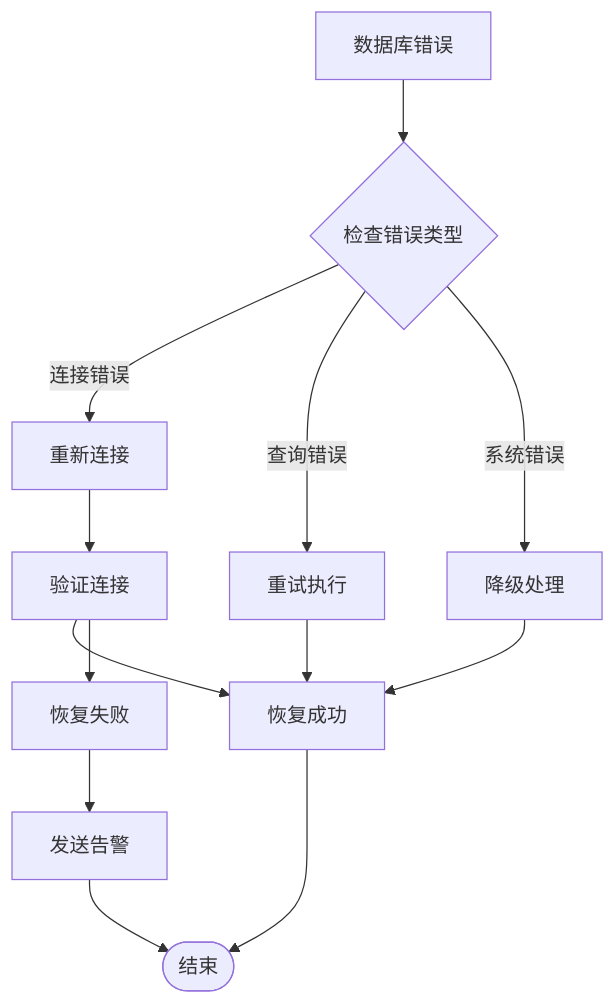
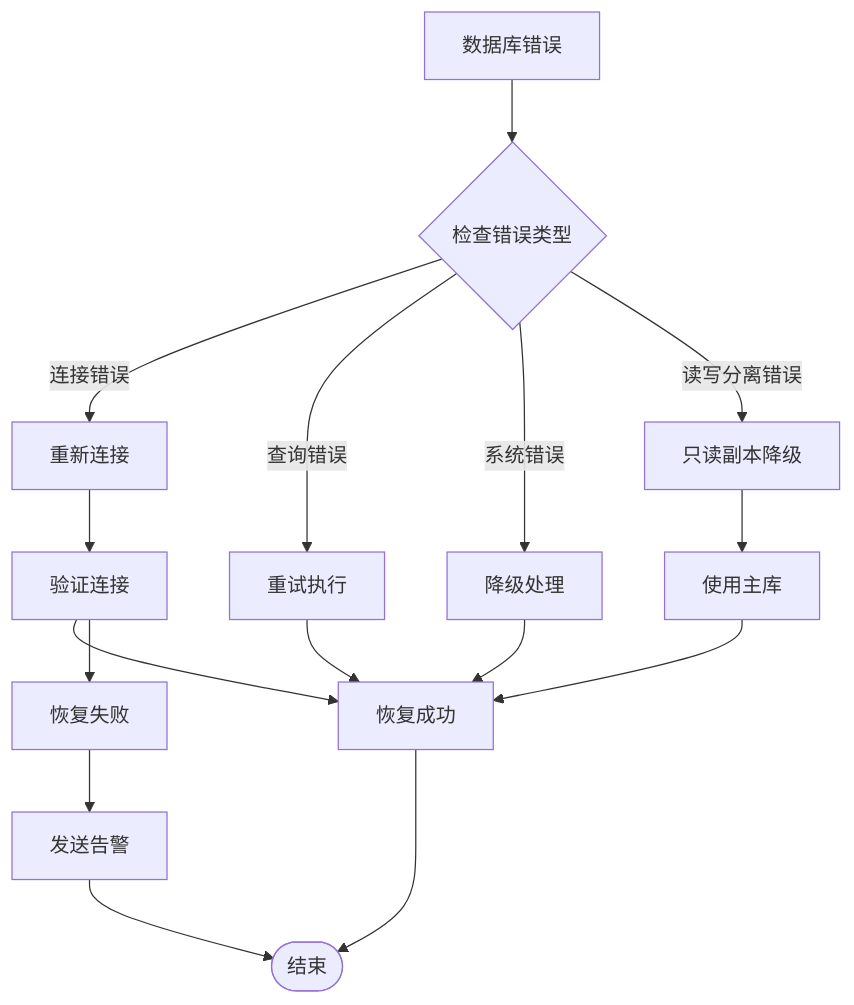
Before and after one commit to lilinzezzzzzz/fastapi-backend: diagram 12 of 12 in .qoder/repowiki/zh/content/数据库集成/连接池管理.md, drawn with Mermaid. The commit also changed other lines of this file and 42 other files, not shown here.

````diff
--- a/.qoder/repowiki/zh/content/数据库集成/连接池管理.md
+++ b/.qoder/repowiki/zh/content/数据库集成/连接池管理.md
@@ -469,15 +596,18 @@
 ```mermaid
 flowchart TD
 Error[数据库错误] --> CheckType{检查错误类型}
 CheckType --> |连接错误| Reconnect[重新连接]
 CheckType --> |查询错误| Retry[重试执行]
 CheckType --> |系统错误| Fallback[降级处理]
+CheckType --> |读写分离错误| ReadFallback[只读副本降级]
 Reconnect --> VerifyConn[验证连接]
 VerifyConn --> Success[恢复成功]
 VerifyConn --> Fail[恢复失败]
 Retry --> Success
 Fallback --> Success
+ReadFallback --> UseMaster[使用主库]
+UseMaster --> Success
 Fail --> Alert[发送告警]
 Success --> End([结束])
 Alert --> End
 ```
````
